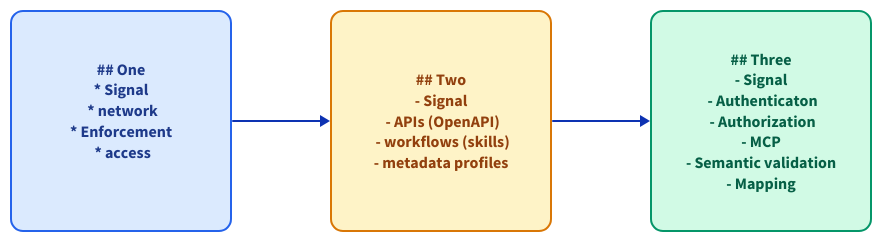
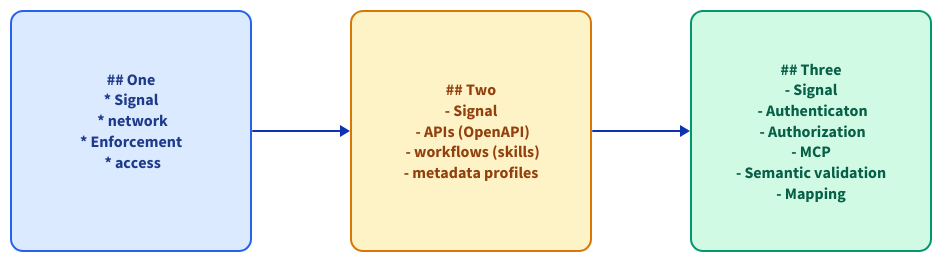
One commit to go-fair-us/ai-blueprint-core changed the diagram in docs/Webinar_Nov_2026/diagrams/startingFlow.d2. Above: the diagram before and after it, drawn with D2. The commit also changed 29 other files, not shown here.

Commit message:
Add November 2026 webinar diagrams

```diff
--- a/docs/Webinar_Nov_2026/diagrams/startingFlow.d2
+++ b/docs/Webinar_Nov_2026/diagrams/startingFlow.d2
@@ -1,64 +1,64 @@
 direction: right
 
 One: |md
   ## One
   * Signal
     * network
   * Enforcement
     * access
 
 | {
   shape: rectangle
   style: {
     fill: "#DBEAFE"
     stroke: "#2563EB"
     stroke-width: 2
     border-radius: 12
     font-color: "#1E3A8A"
   }
-  width: 220
-  height: 220
+  width: 240
+  height: 240
 }
 
 Two: |md
   ## Two
   - Signal
     - APIs (OpenAPI)
     - workflows (skills)
   - metadata profiles
 | {
   shape: rectangle
   style: {
     fill: "#FEF3C7"
     stroke: "#D97706"
     stroke-width: 2
     border-radius: 12
     font-color: "#92400E"
   }
-   width: 220
-  height: 220
+   width: 240
+  height: 240
 }
 
 Three: |md
   ## Three
   - Signal
     - Authenticaton
     - Authorization
   - MCP
   - Semantic validation
   - Mapping
 | {
   shape: rectangle
   style: {
     fill: "#D1FAE5"
     stroke: "#059669"
     stroke-width: 2
     border-radius: 12
     font-color: "#065F46"
   }
-   width: 220
-  height: 220
+   width: 240
+  height: 240
 }
 
 One -> Two
 Two -> Three
```
